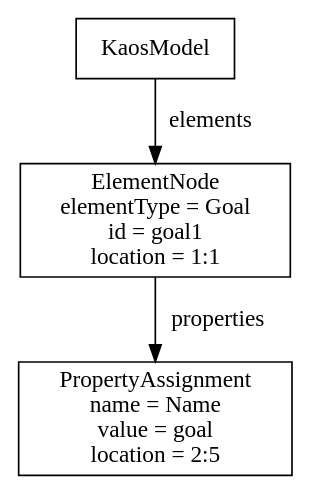
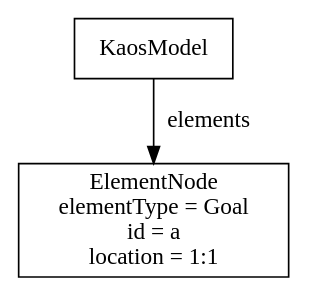
One commit to PlatonsCadrinaltugend/kaos-dsl changed the diagram in examples/ast.dot. Above: the diagram before and after it, drawn with Graphviz. The commit also changed 5 other files, not shown here.

```diff
--- a/examples/ast.dot
+++ b/examples/ast.dot
@@ -1,24 +1,16 @@
 
 digraph KaosAST {
     rankdir=TB;
     node [shape=box];
 
     model [label="KaosModel"];
 
     element0 [
-        label="ElementNode\nelementType = Goal\nid = goal1\nlocation = 1:1"
+        label="ElementNode\nelementType = Goal\nid = a\nlocation = 1:1"
     ];
 
     model -> element0 [
         label="elements"
     ];
 
-    property0_0 [
-        label="PropertyAssignment\nname = Name\nvalue = goal\nlocation = 2:5"
-    ];
-
-    element0 -> property0_0 [
-        label="properties"
-    ];
-
 }
```
